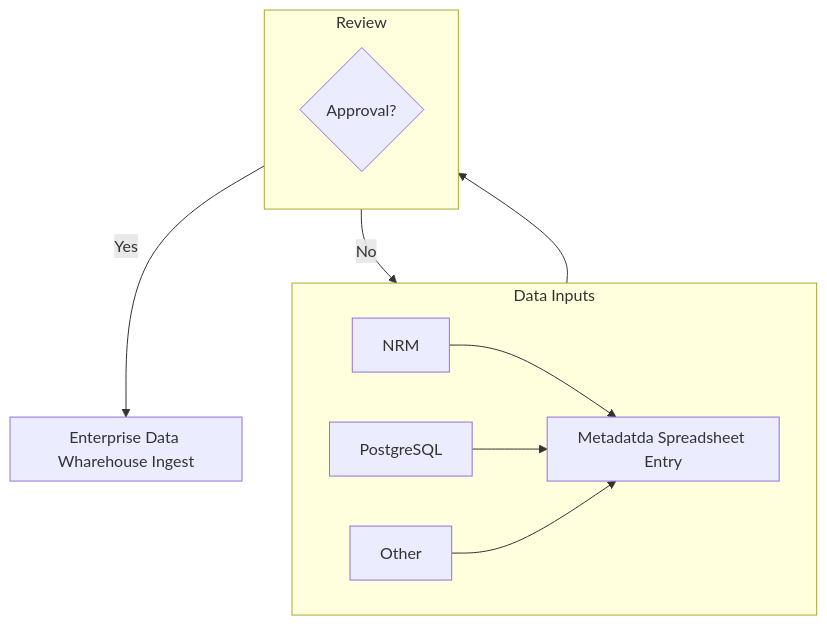
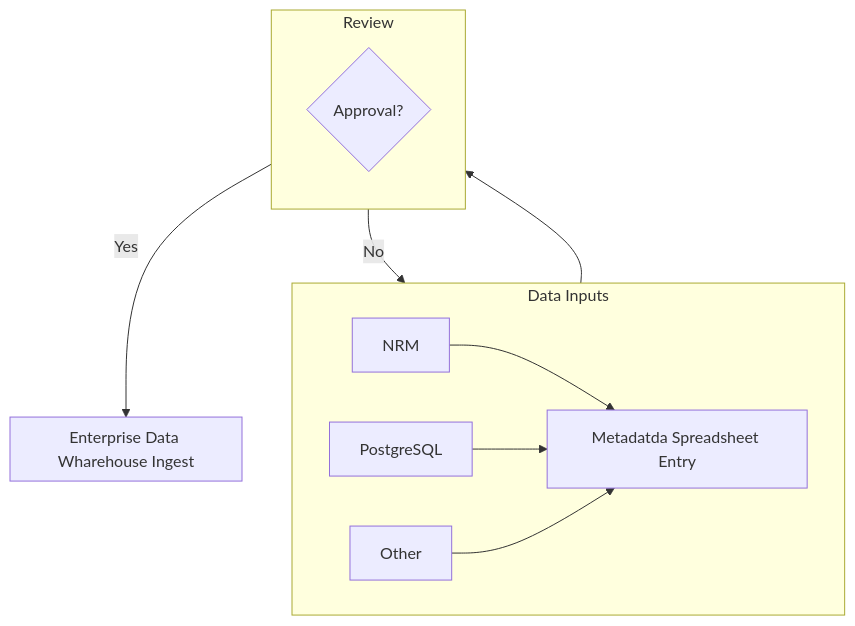
One commit to forestbytes/catalog changed the diagram in docs/metadata-architecture.md. Above: the diagram before and after it, drawn with Mermaid.

Commit message:
Added basic chart for metadata architecture

````diff
--- a/docs/metadata-architecture.md
+++ b/docs/metadata-architecture.md
@@ -1,29 +1,28 @@
 ```mermaid
 
 flowchart TB
   subgraph DataInputs[Data Inputs]
       direction LR
       NRM
       PostgreSQL
       Other
-      subgraph MetadataSpreadsheetEntry[Metadatda Spreadsheet Entry]
-      end
+      MetadataSpreadsheetEntry[Metadatda Spreadsheet Entry]
   end
 
   NRM --> MetadataSpreadsheetEntry
   PostgreSQL --> MetadataSpreadsheetEntry
   Other --> MetadataSpreadsheetEntry
 
   subgraph Review
     direction TB
     A@{ shape: diamond, label: "Approval?" }      
   end
 
   subgraph EDW[Enterprise Data Wharehouse Ingest]
   end
 
-  MetadataSpreadsheetEntry --> Review
+  MetadataSpreadsheetEntry --> A
   A --> |Yes| EDW
   A --> |No| DataInputs
   
 ```
````
